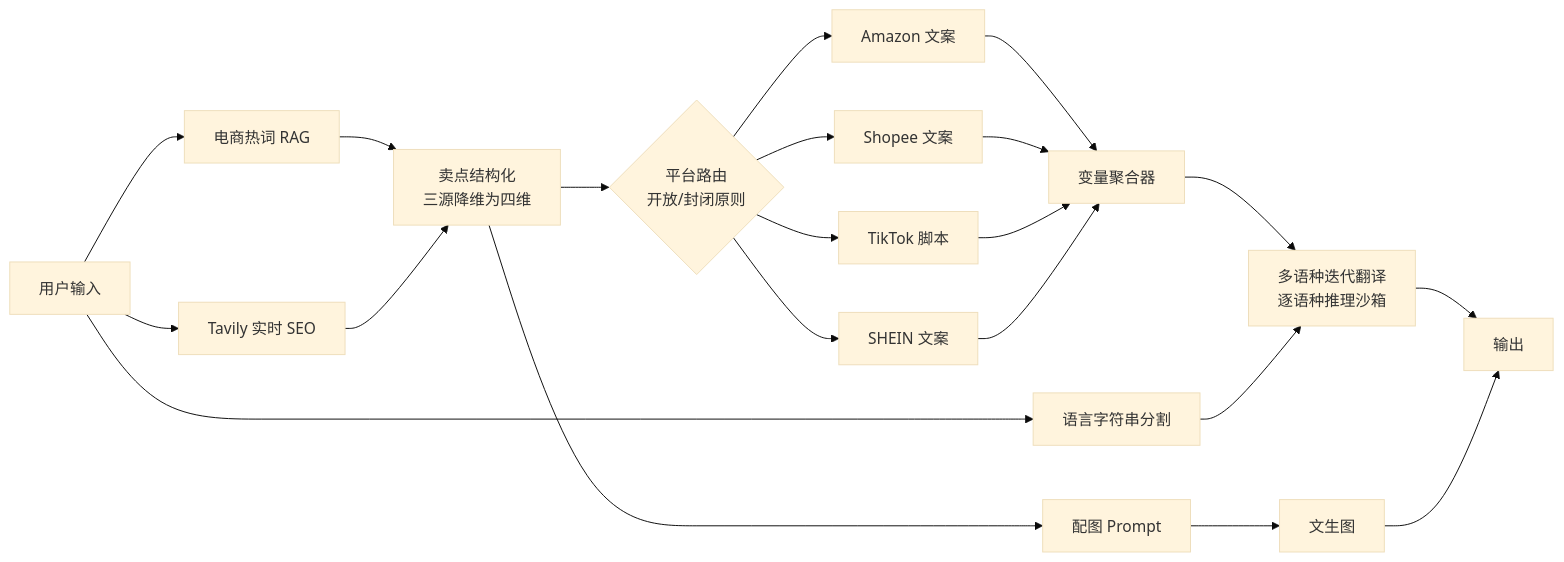
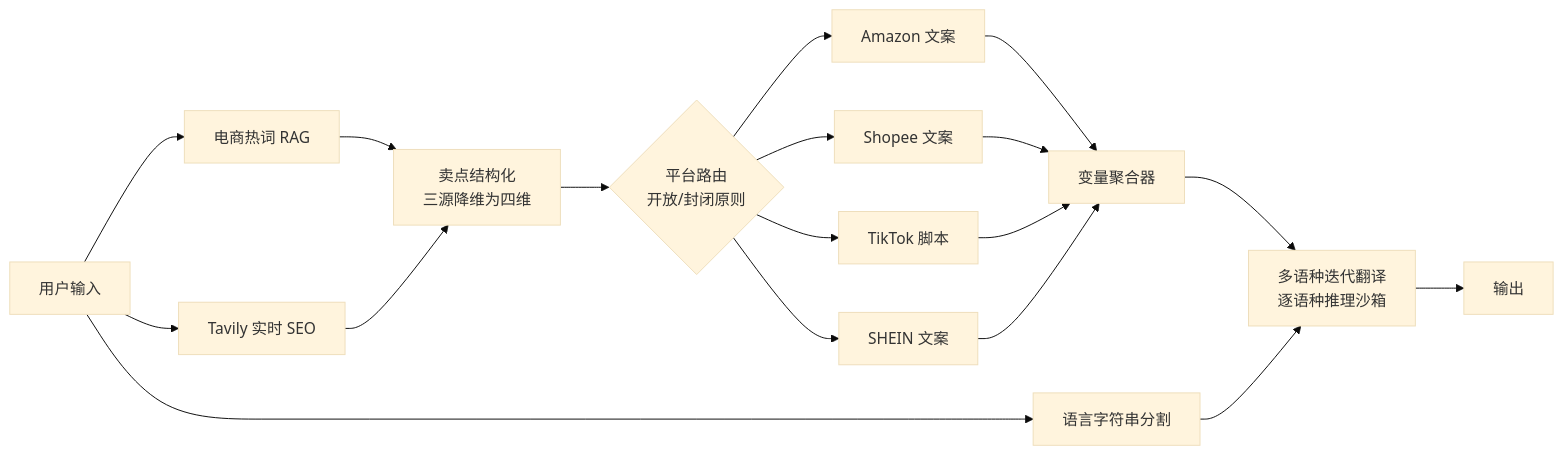
One commit to guo25476688-cmd/copyflow-crossborder-ecom changed the diagram in README.md. Above: the diagram before and after it, drawn with Mermaid (base theme). The commit also changed other lines of this file and 26 other files, not shown here.

````diff
--- a/README.md
+++ b/README.md
@@ -51,19 +51,17 @@
 ```mermaid
 flowchart LR
     A[用户输入] --> KR[电商热词 RAG]
     A --> TV[Tavily 实时 SEO]
     A --> SP[语言字符串分割]
     KR --> EX[卖点结构化<br/>三源降维为四维]
     TV --> EX
     EX --> RT{平台路由<br/>开放/封闭原则}
     RT --> AM[Amazon 文案]
     RT --> SH[Shopee 文案]
     RT --> TK[TikTok 脚本]
     RT --> SN[SHEIN 文案]
     AM & SH & TK & SN --> AG[变量聚合器]
     AG --> IT[多语种迭代翻译<br/>逐语种推理沙箱]
     SP --> IT
-    EX --> IP[配图 Prompt] --> HT[文生图]
     IT --> END[输出]
-    HT --> END
 ```
````
